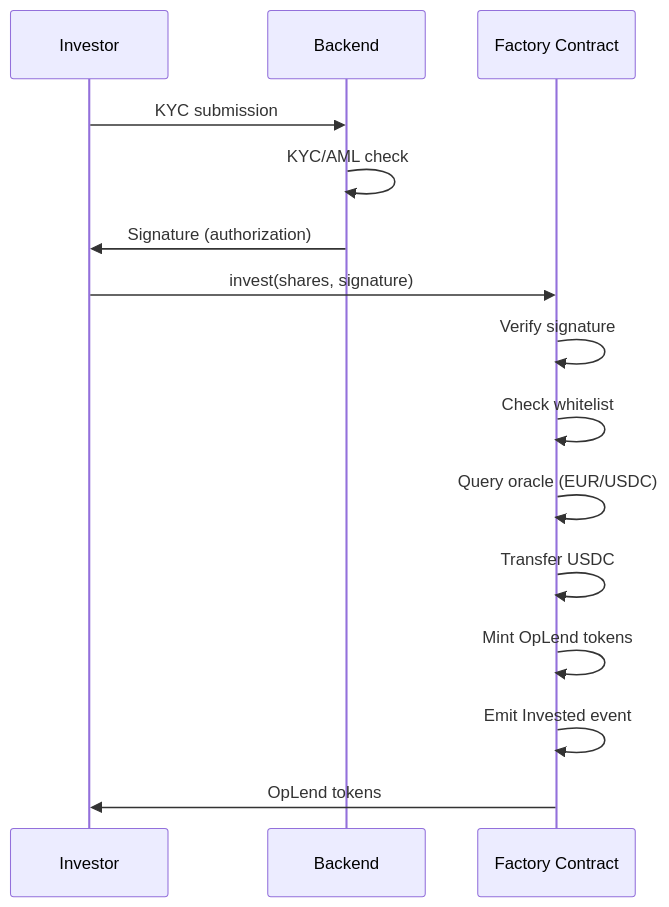
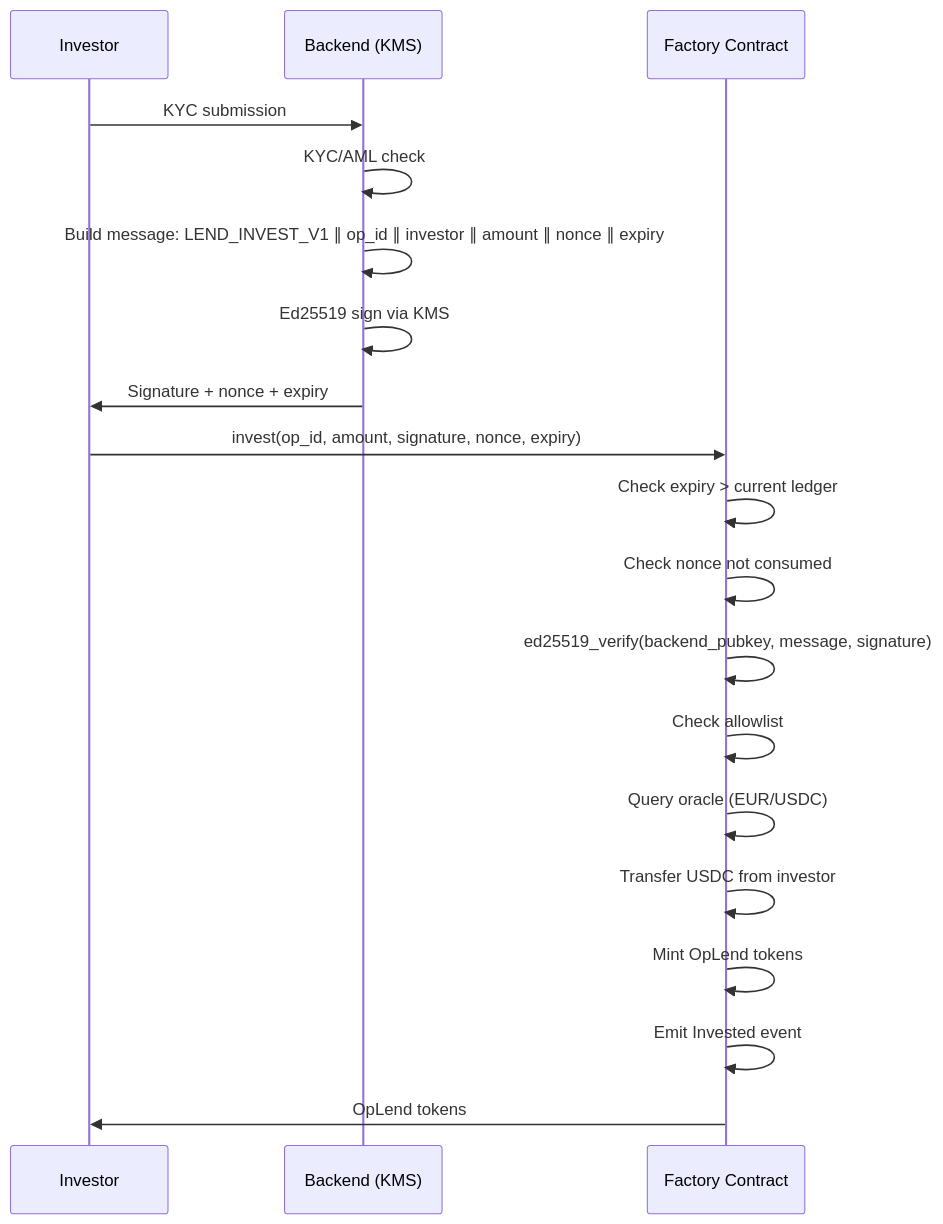
Before and after one commit to lendxyz/stellar-stack: the second of 8 diagrams in README.md, drawn with Mermaid. The commit also changed other lines of this file, not shown here.

````diff
--- a/README.md
+++ b/README.md
@@ -95,18 +96,22 @@
 ```mermaid
 sequenceDiagram
     participant I as Investor
-    participant B as Backend
+    participant B as Backend (KMS)
     participant F as Factory Contract
 
     I->>B: KYC submission
     B->>B: KYC/AML check
-    B->>I: Signature (authorization)
-    I->>F: invest(shares, signature)
-    F->>F: Verify signature
-    F->>F: Check whitelist
+    B->>B: Build message: LEND_INVEST_V1 ∥ op_id ∥ investor ∥ amount ∥ nonce ∥ expiry
+    B->>B: Ed25519 sign via KMS
+    B->>I: Signature + nonce + expiry
+    I->>F: invest(op_id, amount, signature, nonce, expiry)
+    F->>F: Check expiry > current ledger
+    F->>F: Check nonce not consumed
+    F->>F: ed25519_verify(backend_pubkey, message, signature)
+    F->>F: Check allowlist
     F->>F: Query oracle (EUR/USDC)
-    F->>F: Transfer USDC
+    F->>F: Transfer USDC from investor
     F->>F: Mint OpLend tokens
     F->>F: Emit Invested event
     F->>I: OpLend tokens
 ```
````
